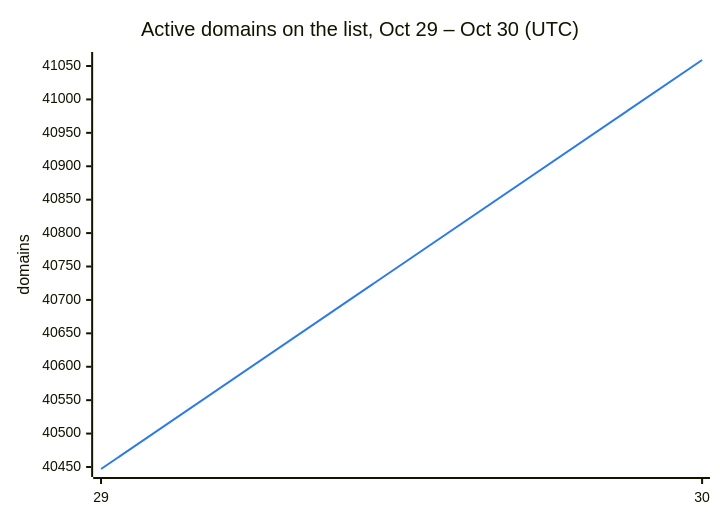
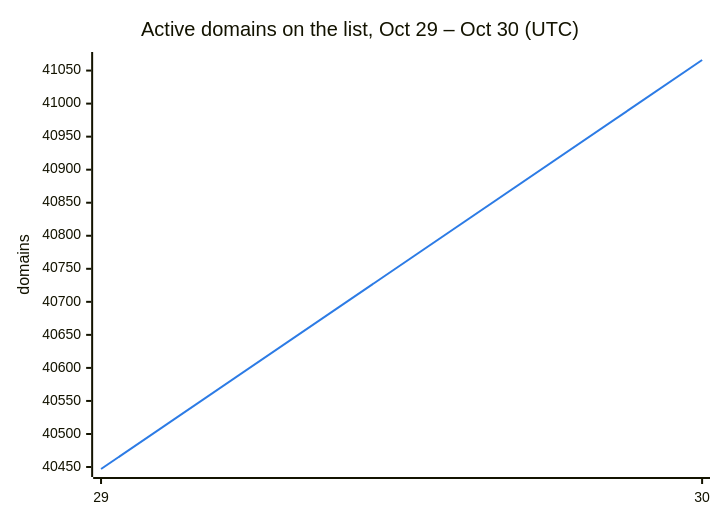
Before and after one commit to DNSBunker/CTI: the second of 3 diagrams in README.md, drawn with Mermaid. The commit also changed other lines of this file and 3 other files, not shown here.

````diff
--- a/README.md
+++ b/README.md
@@ -38,8 +38,8 @@
 ```mermaid
 %%{init: {"themeVariables": {"xyChart": {"plotColorPalette": "#2c7be5"}}}}%%
 xychart-beta
     title "Active domains on the list, Oct 29 – Oct 30 (UTC)"
     x-axis ["29", "30"]
     y-axis "domains"
-    line [40447, 41059]
+    line [40447, 41066]
 ```
````
